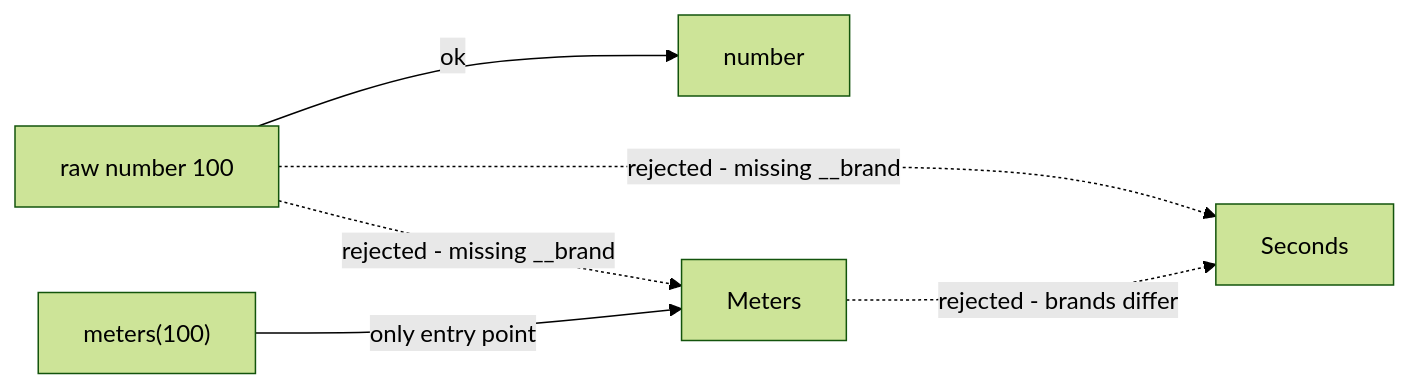
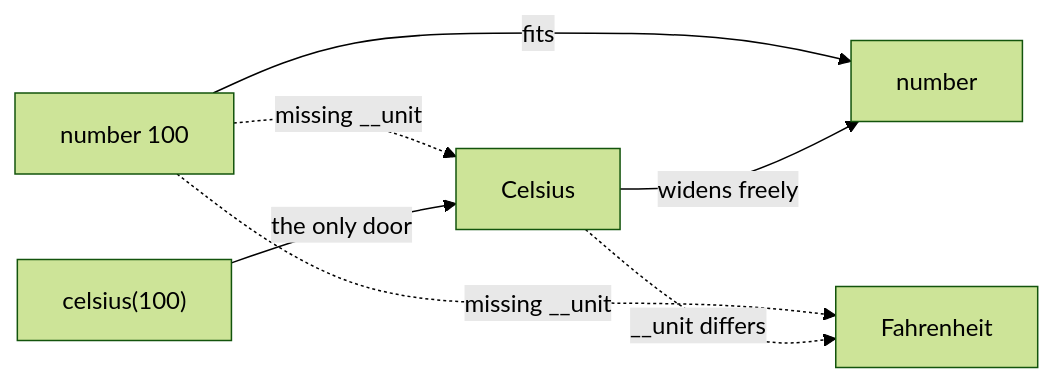
Before and after one commit to cheer-cho/LearningCourse--TypeScript--build-by-Claude-Code: the second of 9 diagrams in 11-advanced-patterns/LESSON.md, drawn with Mermaid (forest theme). The commit also changed other lines of this file and 79 other files, not shown here.

````diff
--- a/11-advanced-patterns/LESSON.md
+++ b/11-advanced-patterns/LESSON.md
@@ -17,8 +89,9 @@
 ```mermaid
 flowchart LR
-    R["raw number 100"] -->|"ok"| N["number"]
-    R -.->|"rejected - missing __brand"| M["Meters"]
-    R -.->|"rejected - missing __brand"| S["Seconds"]
-    C["meters(100)"] -->|"only entry point"| M
-    M -.->|"rejected - brands differ"| S
+    RAW["number 100"] -- "fits" --> NUM["number"]
+    RAW -. "missing __unit" .-> C["Celsius"]
+    RAW -. "missing __unit" .-> F["Fahrenheit"]
+    CTOR["celsius(100)"] -- "the only door" --> C
+    C -. "__unit differs" .-> F
+    C -- "widens freely" --> NUM
 ```
````
